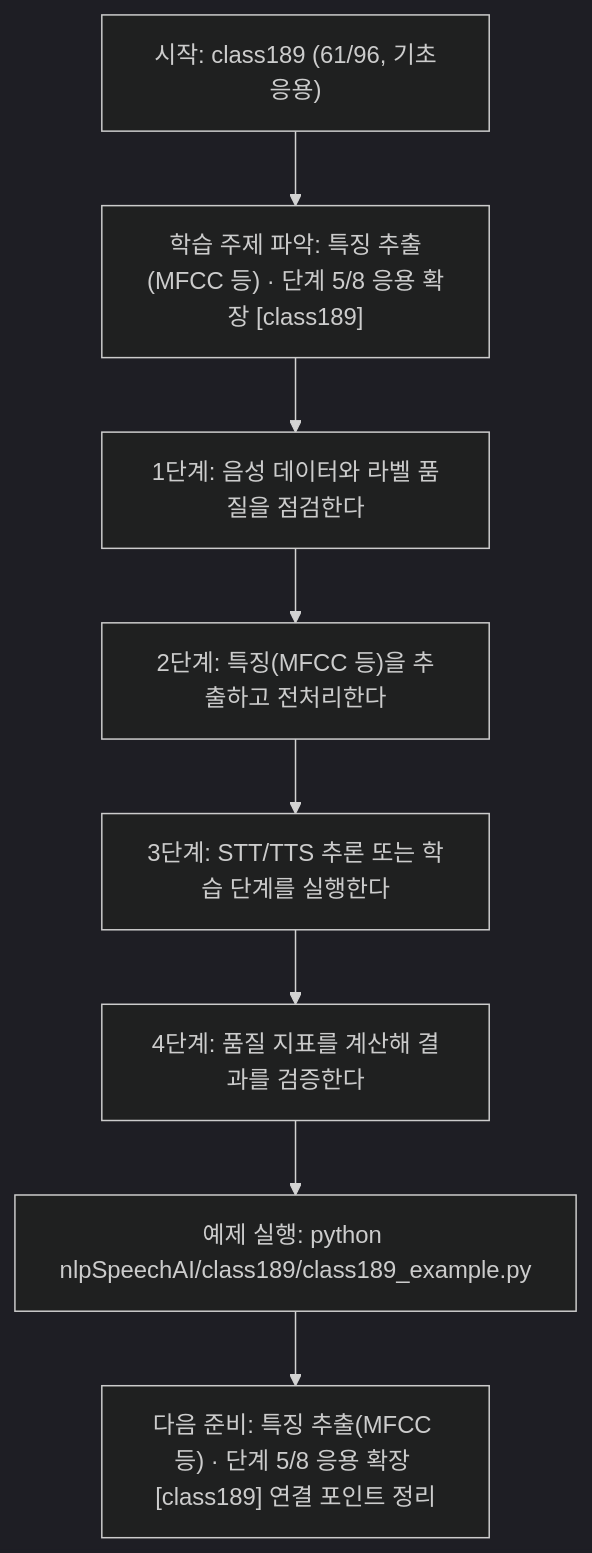
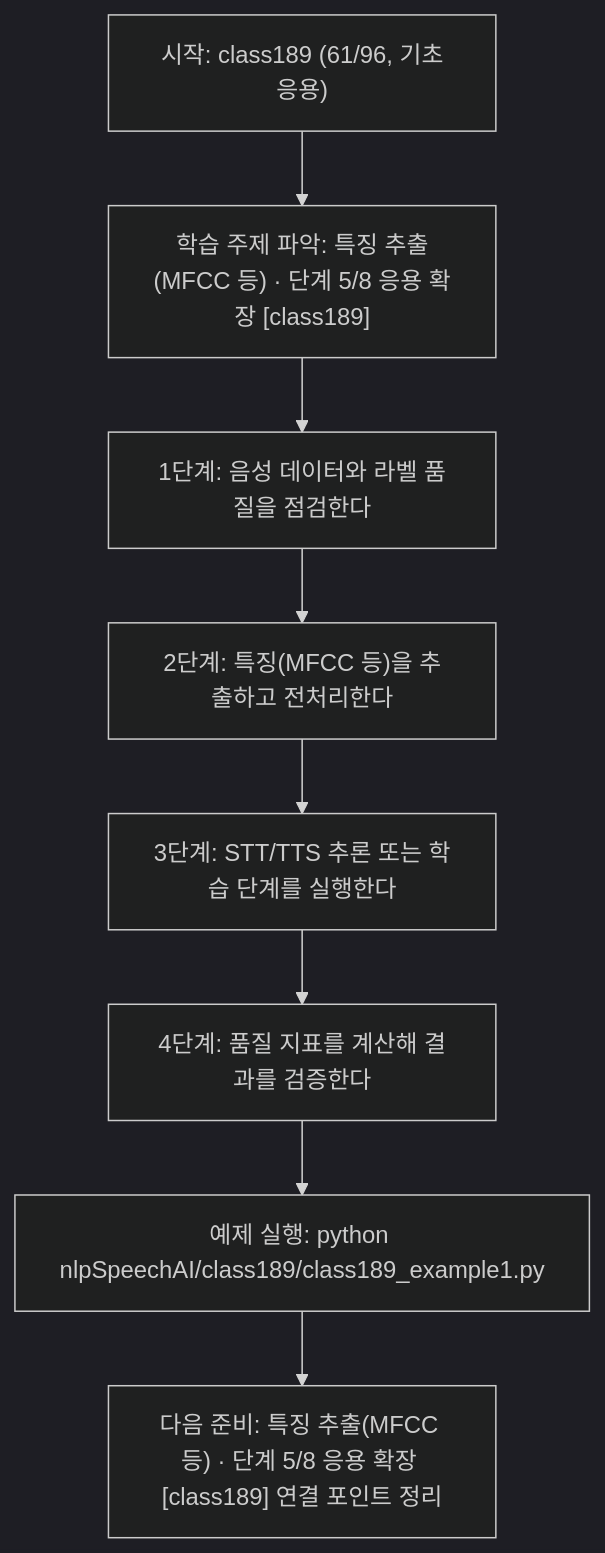
The diagram in nlpSpeechAI/class189/class189.md (edumgt/Python-AI_Agent-Class), drawn with Mermaid (dark theme) before and after one commit. The commit also changed other lines of this file and 2959 other files, not shown here.

````diff
--- a/nlpSpeechAI/class189/class189.md
+++ b/nlpSpeechAI/class189/class189.md
@@ -114,18 +114,18 @@
 ```mermaid
 flowchart TD
 N1["시작: class189 (61/96, 기초응용)"]
 N2["학습 주제 파악: 특징 추출(MFCC 등) · 단계 5/8 응용 확장 [class189]"]
 N3["1단계: 음성 데이터와 라벨 품질을 점검한다"]
 N4["2단계: 특징(MFCC 등)을 추출하고 전처리한다"]
 N5["3단계: STT/TTS 추론 또는 학습 단계를 실행한다"]
 N6["4단계: 품질 지표를 계산해 결과를 검증한다"]
-N7["예제 실행: python nlpSpeechAI/class189/class189_example.py"]
+N7["예제 실행: python nlpSpeechAI/class189/class189_example1.py"]
 N8["다음 준비: 특징 추출(MFCC 등) · 단계 5/8 응용 확장 [class189] 연결 포인트 정리"]
 N1 --> N2
 N2 --> N3
 N3 --> N4
 N4 --> N5
 N5 --> N6
 N6 --> N7
 N7 --> N8
 ```
````
